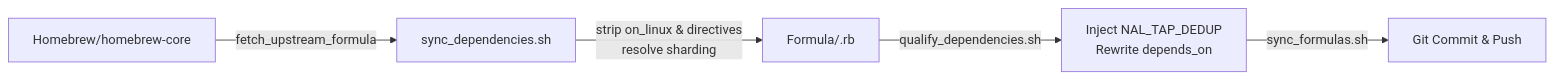
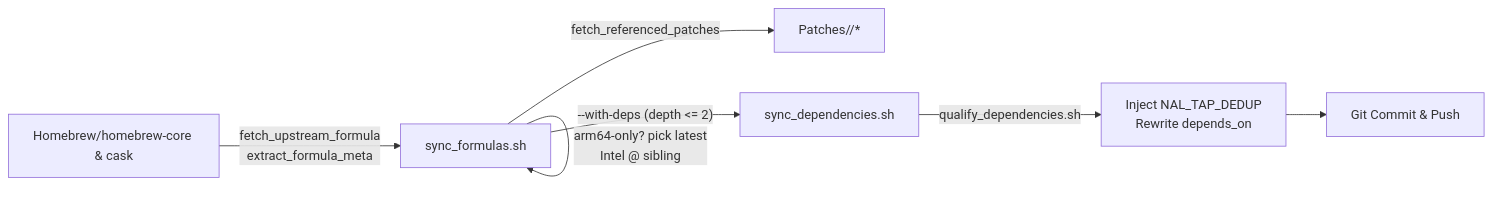
One commit to Jaewoook/homebrew-nal changed the second of 3 diagrams in ARCHITECTURE.md. Above: the diagram before and after it, drawn with Mermaid. The commit also changed other lines of this file and 3 other files, not shown here.

First line of the commit message:
docs: update README, architecture, runner setup, and PR template

````diff
--- a/ARCHITECTURE.md
+++ b/ARCHITECTURE.md
@@ -108,7 +108,9 @@
 ```mermaid
 flowchart LR
-    Upstream["Homebrew/homebrew-core"] -->|"fetch_upstream_formula"| SyncDeps["sync_dependencies.sh"]
-    SyncDeps -->|"strip on_linux & directives\nresolve sharding"| SaveFormula["Formula/<name>.rb"]
-    SaveFormula -->|"qualify_dependencies.sh"| InjectHook["Inject NAL_TAP_DEDUP\nRewrite depends_on"]
-    InjectHook -->|"sync_formulas.sh"| CommitSync["Git Commit & Push"]
+    Upstream["Homebrew/homebrew-core & cask"] -->|"fetch_upstream_formula\nextract_formula_meta"| SyncFormulas["sync_formulas.sh"]
+    SyncFormulas -->|"arm64-only? pick latest\nIntel @<ver> sibling"| SyncFormulas
+    SyncFormulas -->|"fetch_referenced_patches"| Patches["Patches/<pkg>/*"]
+    SyncFormulas -->|"--with-deps (depth <= 2)"| SyncDeps["sync_dependencies.sh"]
+    SyncDeps -->|"qualify_dependencies.sh"| InjectHook["Inject NAL_TAP_DEDUP\nRewrite depends_on"]
+    InjectHook --> CommitSync["Git Commit & Push"]
 ```
````
